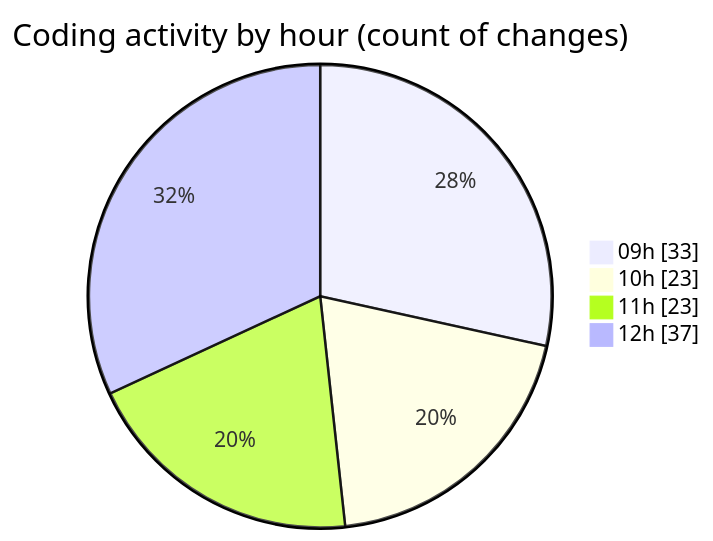
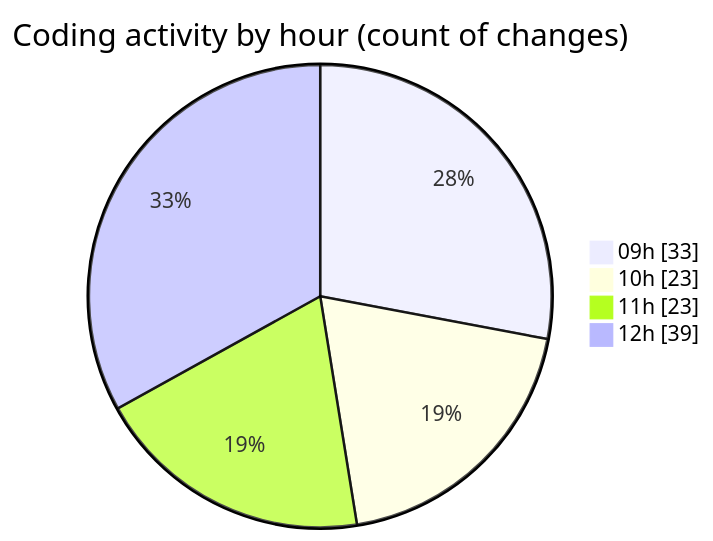
One commit to CELIANVF/code-tracking changed the second of 2 diagrams in 2025-05-20/ecodeli-1/README.md. Above: the diagram before and after it, drawn with Mermaid. The commit also changed other lines of this file and 1 other file, not shown here.

````diff
--- a/2025-05-20/ecodeli-1/README.md
+++ b/2025-05-20/ecodeli-1/README.md
@@ -74,8 +74,8 @@
 ```mermaid
 pie showData
 title Coding activity by hour (count of changes)
 "09h" : 33
 "10h" : 23
 "11h" : 23
-"12h" : 37
+"12h" : 39
 ```
````
